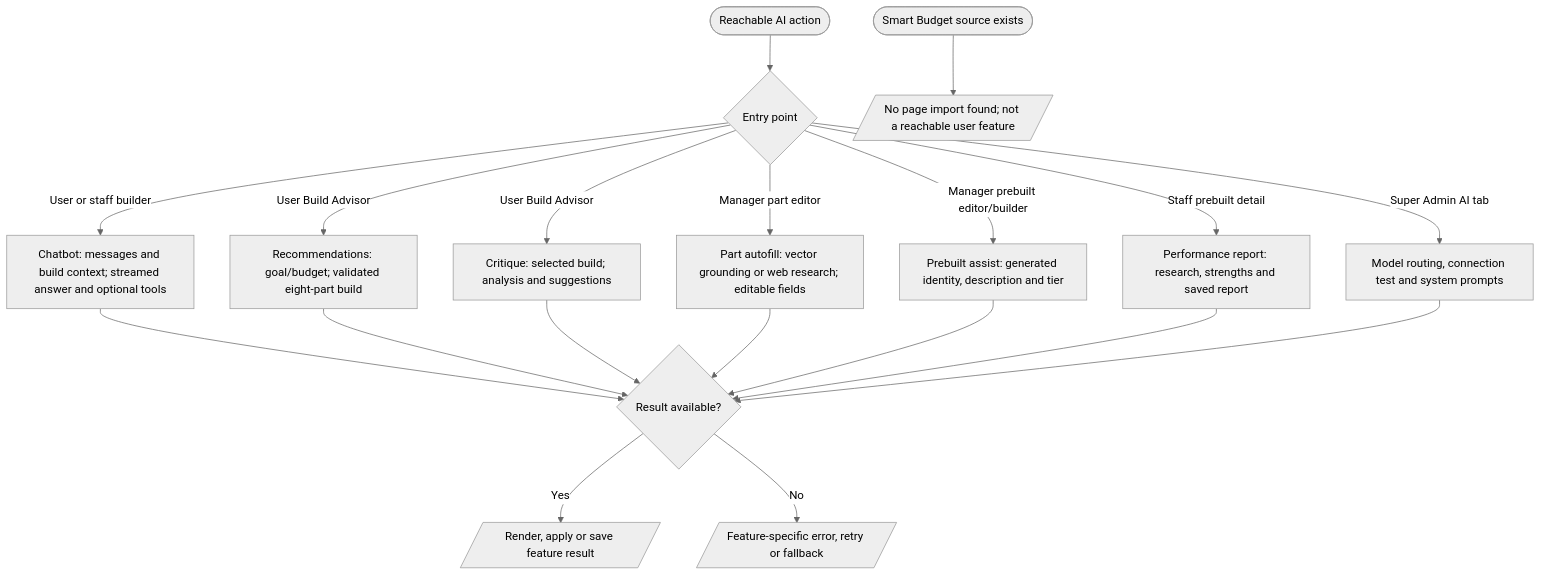
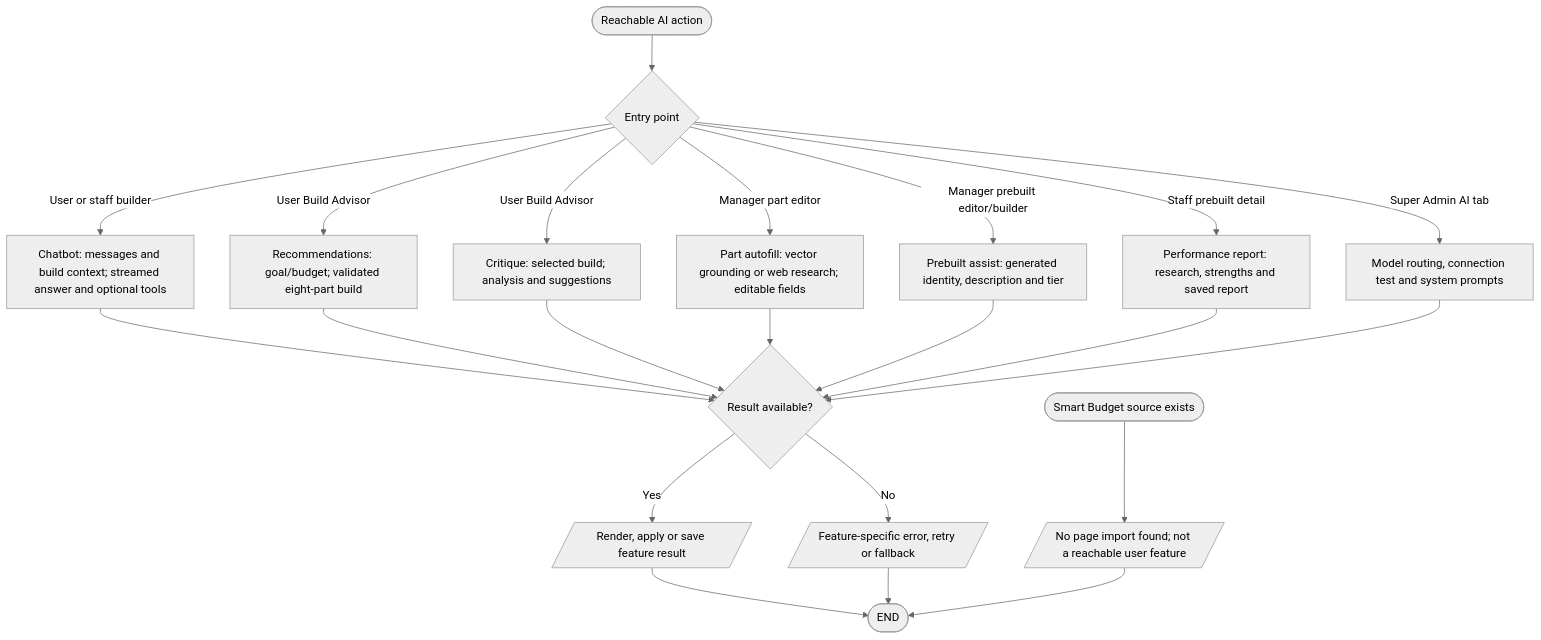
The fourth of 4 diagrams in docs/flowcharts/simplified-all-features-flowchart.md (VirgenRayzon/BuilbotAI), drawn with Mermaid (neutral theme) before and after one commit. The commit also changed other lines of this file and 109 other files, not shown here.

Commit message:
feat(builder): add live recommendations, budget slider, and updated system flowcharts

````diff
--- a/docs/flowcharts/simplified-all-features-flowchart.md
+++ b/docs/flowcharts/simplified-all-features-flowchart.md
@@ -73,21 +123,24 @@
 ```mermaid
 flowchart TD
   AStart([Reachable AI action]) --> AEntry{Entry point}
   AEntry -- User or staff builder --> AChat[Chatbot: messages and build context; streamed answer and optional tools]
   AEntry -- User Build Advisor --> ARecommend[Recommendations: goal/budget; validated eight-part build]
   AEntry -- User Build Advisor --> ACritique[Critique: selected build; analysis and suggestions]
   AEntry -- Manager part editor --> AExtract[Part autofill: vector grounding or web research; editable fields]
   AEntry -- Manager prebuilt editor/builder --> AAssist[Prebuilt assist: generated identity, description and tier]
   AEntry -- Staff prebuilt detail --> APerformance[Performance report: research, strengths and saved report]
   AEntry -- Super Admin AI tab --> ASettings[Model routing, connection test and system prompts]
   AChat --> AResult{Result available?}
   ARecommend --> AResult
   ACritique --> AResult
   AExtract --> AResult
   AAssist --> AResult
   APerformance --> AResult
   ASettings --> AResult
   AResult -- Yes --> AShow[/Render, apply or save feature result/]
   AResult -- No --> AFail[/Feature-specific error, retry or fallback/]
   ADormant([Smart Budget source exists]) --> AUnreachable[/No page import found; not a reachable user feature/]
+  AShow --> Finish([END])
+  AFail --> Finish
+  AUnreachable --> Finish
 ```
````
